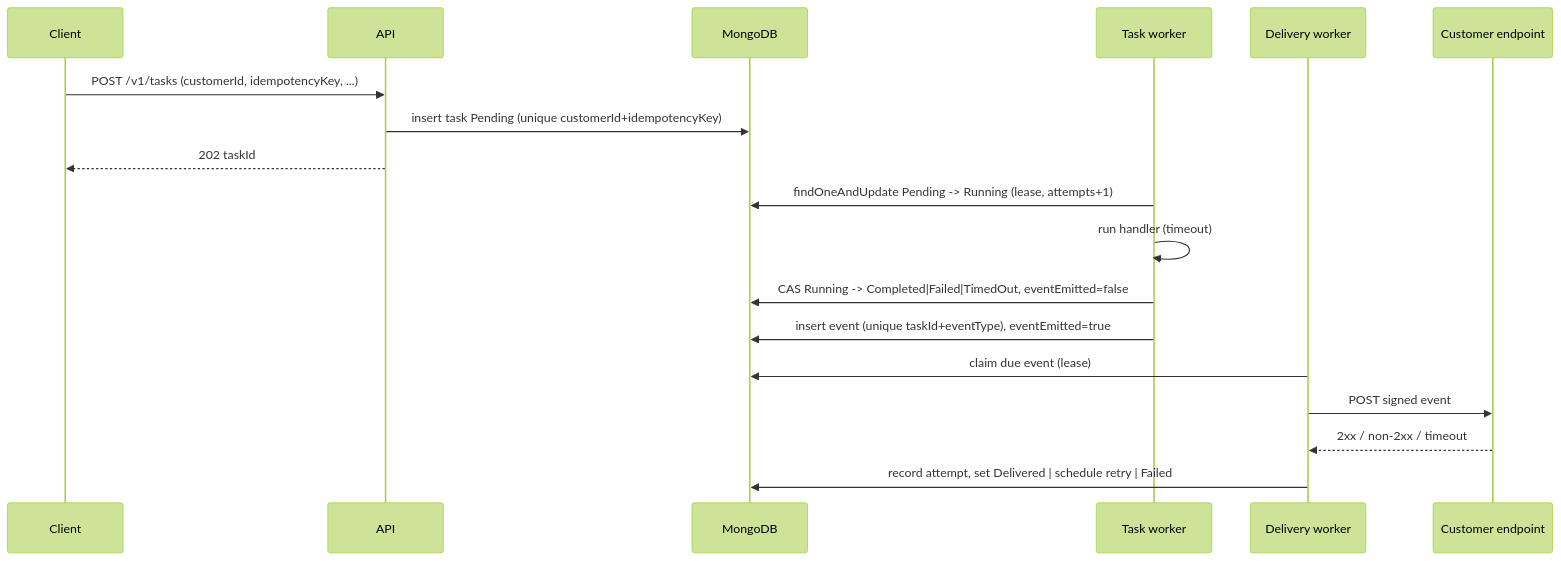
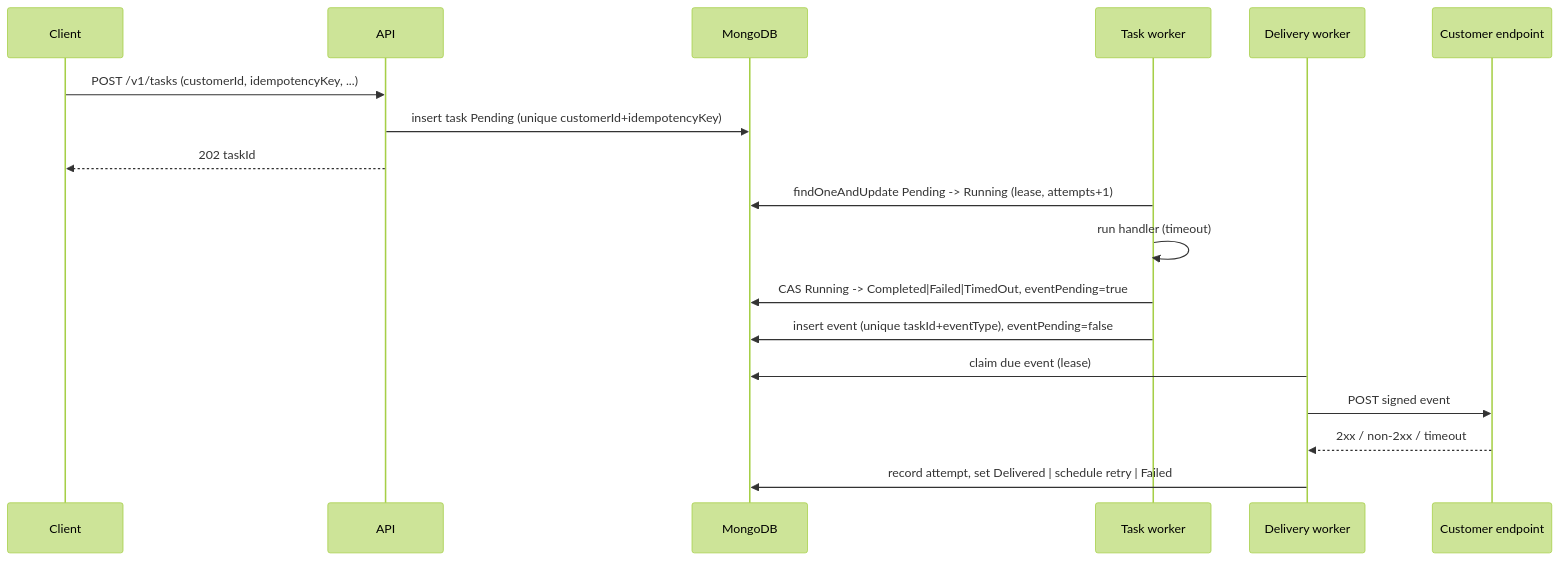
The second of 2 diagrams in docs/ARCHITECTURE.md (sanaullah129/task_hub), drawn with Mermaid (forest theme) before and after one commit. The commit also changed other lines of this file and 117 other files, not shown here.

````diff
--- a/docs/ARCHITECTURE.md
+++ b/docs/ARCHITECTURE.md
@@ -60,20 +60,20 @@
 ```mermaid
 sequenceDiagram
     participant C as Client
     participant A as API
     participant DB as MongoDB
     participant W as Task worker
     participant D as Delivery worker
     participant E as Customer endpoint
     C->>A: POST /v1/tasks (customerId, idempotencyKey, ...)
     A->>DB: insert task Pending (unique customerId+idempotencyKey)
     A-->>C: 202 taskId
     W->>DB: findOneAndUpdate Pending -> Running (lease, attempts+1)
     W->>W: run handler (timeout)
-    W->>DB: CAS Running -> Completed|Failed|TimedOut, eventEmitted=false
-    W->>DB: insert event (unique taskId+eventType), eventEmitted=true
+    W->>DB: CAS Running -> Completed|Failed|TimedOut, eventPending=true
+    W->>DB: insert event (unique taskId+eventType), eventPending=false
     D->>DB: claim due event (lease)
     D->>E: POST signed event
     E-->>D: 2xx / non-2xx / timeout
     D->>DB: record attempt, set Delivered | schedule retry | Failed
 ```
````
